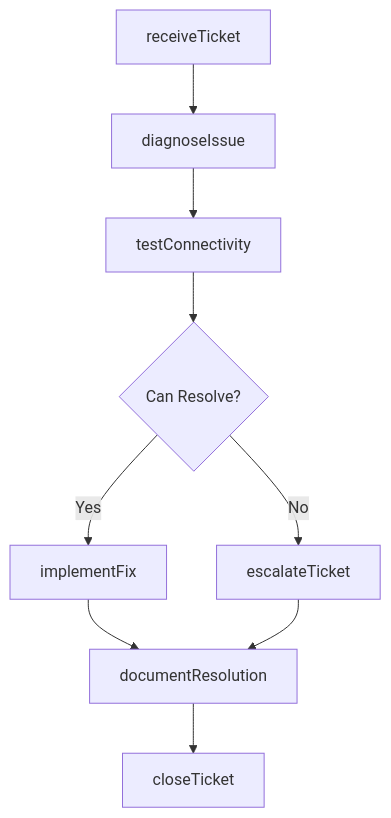
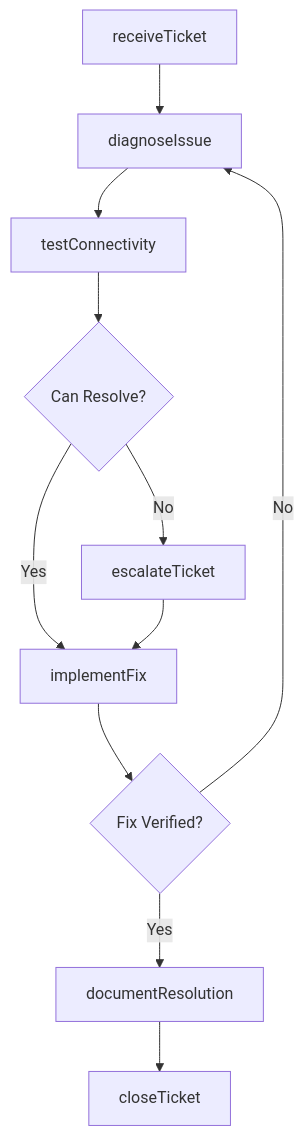
The third of 4 diagrams in ProvidingConsultationAndAdviceToOthers/AdviseOthersOnTheDesignOrUseOfTechnologies/ProvideTechnicalSupportComputerNetwork.mdx (dot-org-ai/tasks.org.ai), drawn with Mermaid before and after one commit. The commit also changed other lines of this file and 307 other files, not shown here.

First line of the commit message:
feat: Add ER diagrams and state diagrams to remaining 308 DWA task files (wave 3 complete)

````diff
--- a/ProvidingConsultationAndAdviceToOthers/AdviseOthersOnTheDesignOrUseOfTechnologies/ProvideTechnicalSupportComputerNetwork.mdx
+++ b/ProvidingConsultationAndAdviceToOthers/AdviseOthersOnTheDesignOrUseOfTechnologies/ProvideTechnicalSupportComputerNetwork.mdx
@@ -87,11 +114,13 @@
 ```mermaid
 graph TD
     A[receiveTicket] --> B[diagnoseIssue]
     B --> C[testConnectivity]
     C --> D{Can Resolve?}
     D -->|Yes| E[implementFix]
     D -->|No| F[escalateTicket]
-    E --> G[documentResolution]
-    F --> G
-    G --> H[closeTicket]
+    F --> E
+    E --> G{Fix Verified?}
+    G -->|Yes| H[documentResolution]
+    G -->|No| B
+    H --> I[closeTicket]
 ```
````
